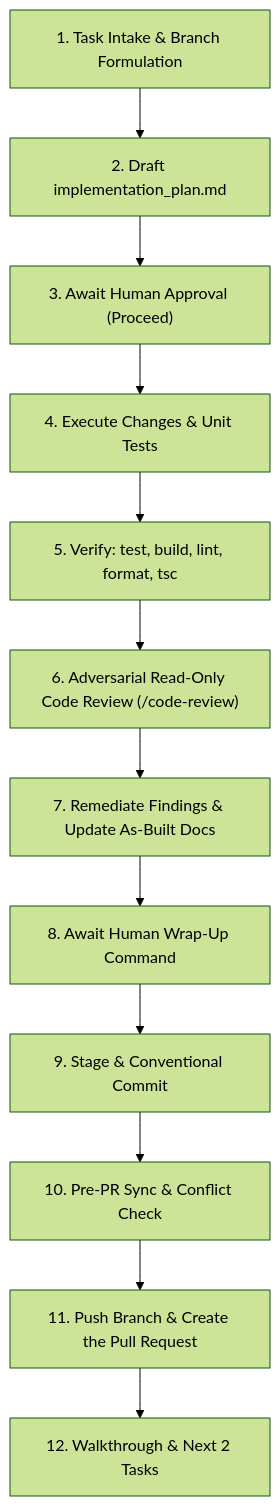
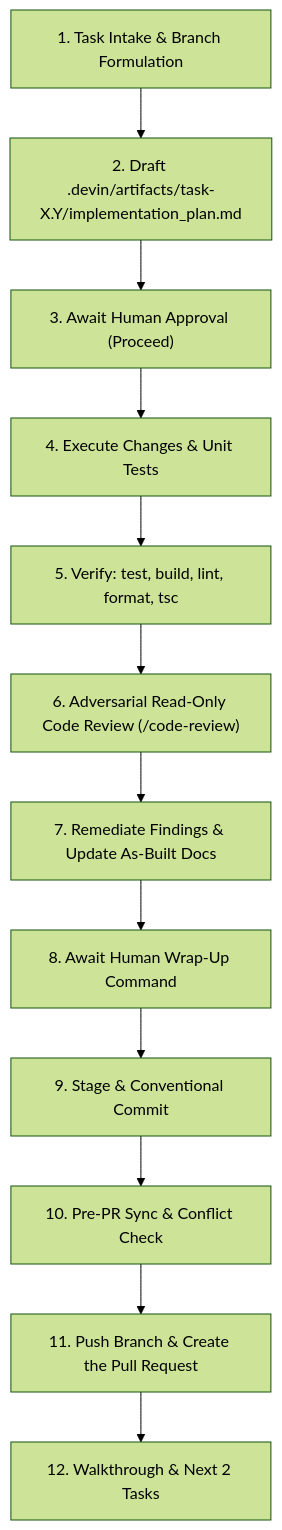
The diagram in .agents/skills/parallel-worktree-workflow/SKILL.md (carlosjosemm/pronto-insumos), drawn with Mermaid (forest theme) before and after one commit. The commit also changed other lines of this file and 5 other files, not shown here.

First line of the commit message:
docs(skills): persist task artifacts under .devin/artifacts/task-X.Y (owner decision)

````diff
--- a/.agents/skills/parallel-worktree-workflow/SKILL.md
+++ b/.agents/skills/parallel-worktree-workflow/SKILL.md
@@ -21,14 +21,14 @@
 ```mermaid
 flowchart TD
-    A["1. Task Intake & Branch Formulation"] --> B["2. Draft implementation_plan.md"]
+    A["1. Task Intake & Branch Formulation"] --> B["2. Draft .devin/artifacts/task-X.Y/implementation_plan.md"]
     B --> C["3. Await Human Approval (Proceed)"]
     C --> D["4. Execute Changes & Unit Tests"]
     D --> E["5. Verify: test, build, lint, format, tsc"]
     E --> F["6. Adversarial Read-Only Code Review (/code-review)"]
     F --> G["7. Remediate Findings & Update As-Built Docs"]
     G --> H["8. Await Human Wrap-Up Command"]
     H --> I["9. Stage & Conventional Commit"]
     I --> J["10. Pre-PR Sync & Conflict Check"]
     J --> K["11. Push Branch & Create the Pull Request"]
     K --> L["12. Walkthrough & Next 2 Tasks"]
 ```
````
